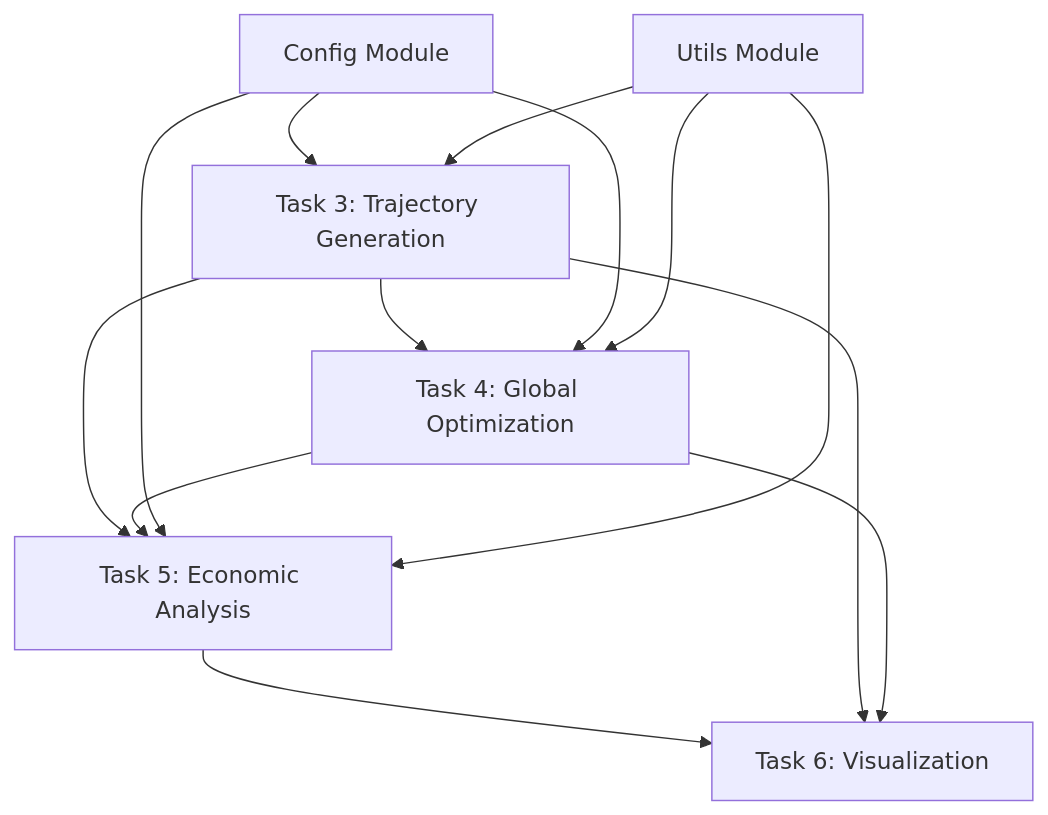
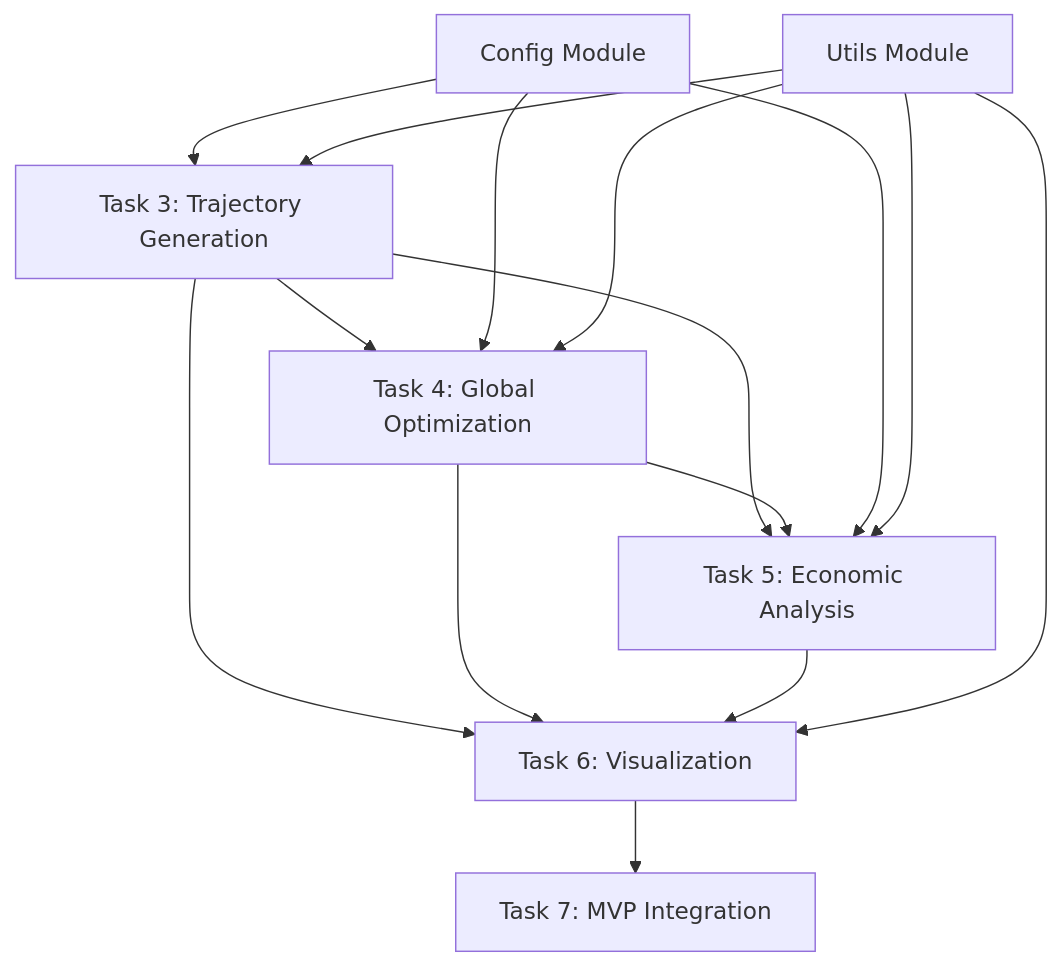
The diagram in docs/integration_guide.md (ethene/lunar-horizon-optimizer), drawn with Mermaid before and after one commit. The commit also changed other lines of this file and 16 other files, not shown here.

First line of the commit message:
feat: Complete Task 7 MVP Integration - System Production Ready

````diff
--- a/docs/integration_guide.md
+++ b/docs/integration_guide.md
@@ -14,17 +15,19 @@
 ```mermaid
 graph TD
     A[Task 3: Trajectory Generation] --> B[Task 4: Global Optimization]
     A --> C[Task 5: Economic Analysis]
     B --> C
-    C --> D[Task 6: Visualization]
-    A --> D
+    A --> D[Task 6: Visualization]
     B --> D
+    C --> D
+    D --> E[Task 7: MVP Integration]
     
-    E[Config Module] --> A
-    E --> B
-    E --> C
-    
-    F[Utils Module] --> A
+    F[Config Module] --> A
     F --> B
     F --> C
+    
+    G[Utils Module] --> A
+    G --> B
+    G --> C
+    G --> D
 ```
````
